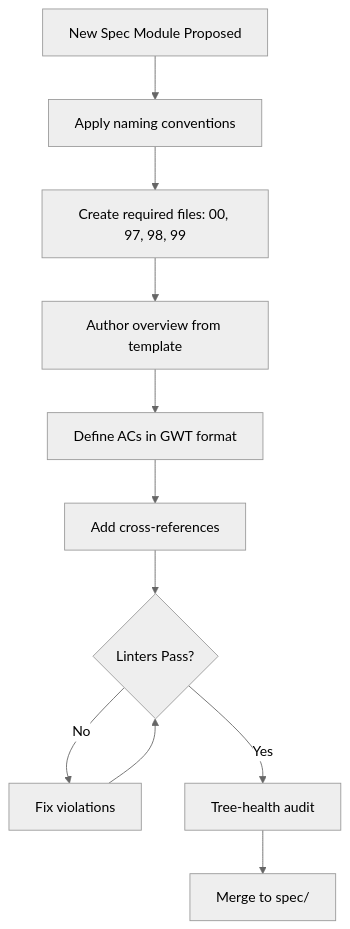
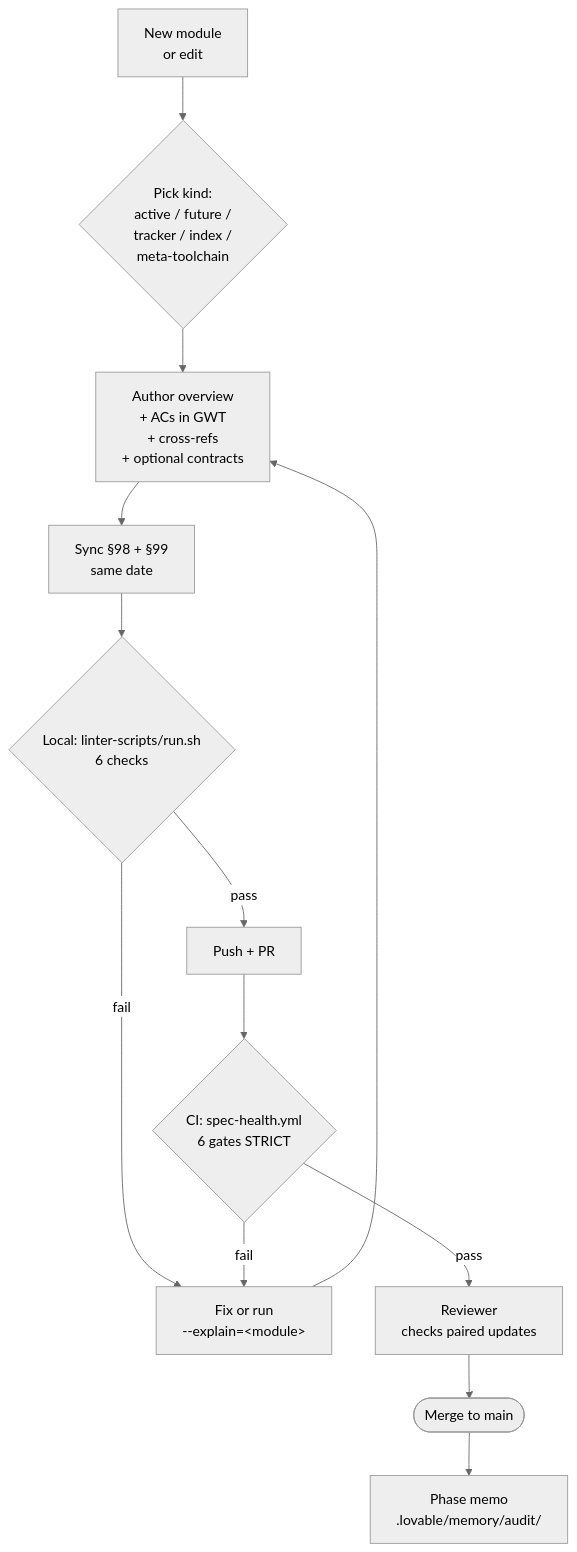
Before and after one commit to alimtvnetwork/wp-git-log-v3: the diagram in spec/01-spec-authoring-guide/00-overview.md, drawn with Mermaid (neutral theme). The commit also changed other lines of this file, not shown here.

````diff
--- a/spec/01-spec-authoring-guide/00-overview.md
+++ b/spec/01-spec-authoring-guide/00-overview.md
@@ -997,13 +1002,15 @@
 ```mermaid
 flowchart TD
-    A[New Spec Module Proposed] --> B[Apply naming conventions]
-    B --> C[Create required files: 00, 97, 98, 99]
-    C --> D[Author overview from template]
-    D --> E[Define ACs in GWT format]
-    E --> F[Add cross-references]
-    F --> G{Linters Pass?}
-    G -- No --> H[Fix violations]
-    H --> G
-    G -- Yes --> I[Tree-health audit]
-    I --> J[Merge to spec/]
+    A[New module<br/>or edit] --> B{Pick kind:<br/>active / future /<br/>tracker / index /<br/>meta-toolchain}
+    B --> C[Author overview<br/>+ ACs in GWT<br/>+ cross-refs<br/>+ optional contracts]
+    C --> D[Sync §98 + §99<br/>same date]
+    D --> E{Local: linter-scripts/run.sh<br/>6 checks}
+    E -- fail --> F[Fix or run<br/>--explain=&lt;module&gt;]
+    F --> C
+    E -- pass --> G[Push + PR]
+    G --> H{CI: spec-health.yml<br/>6 gates STRICT}
+    H -- fail --> F
+    H -- pass --> I[Reviewer<br/>checks paired updates]
+    I --> J([Merge to main])
+    J --> K[Phase memo<br/>.lovable/memory/audit/]
 ```
````
